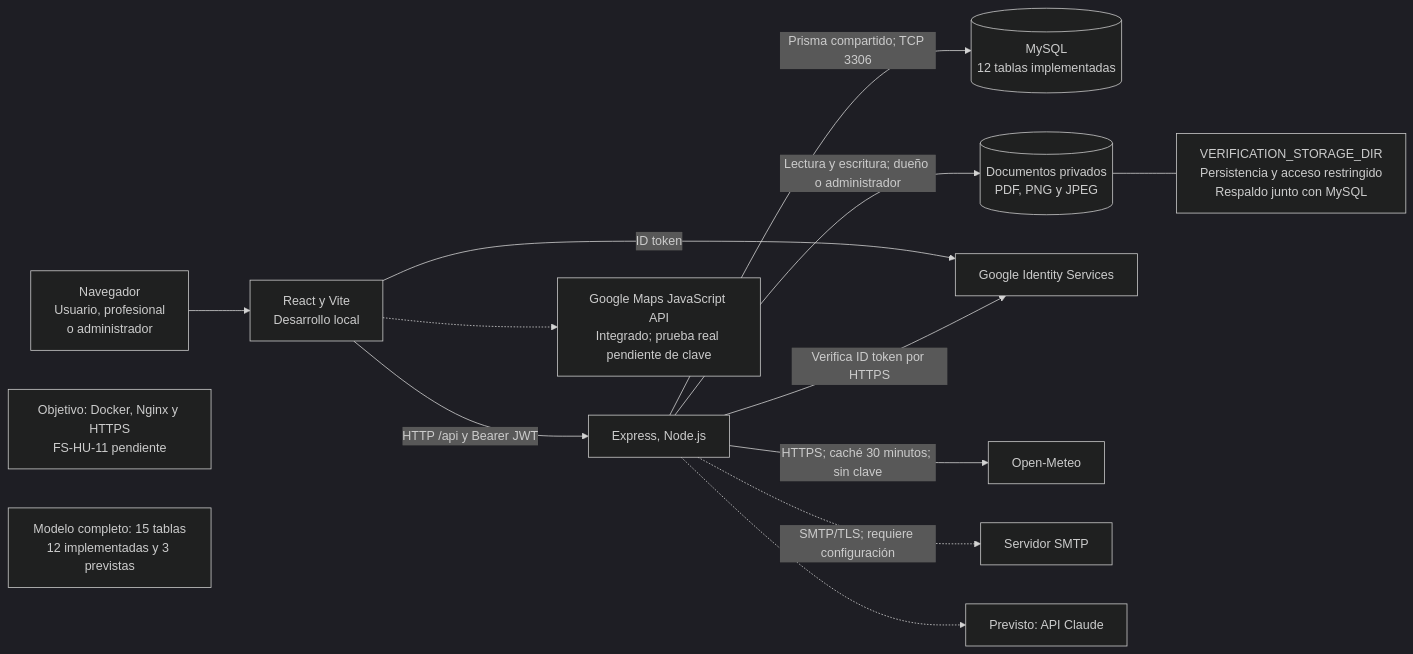
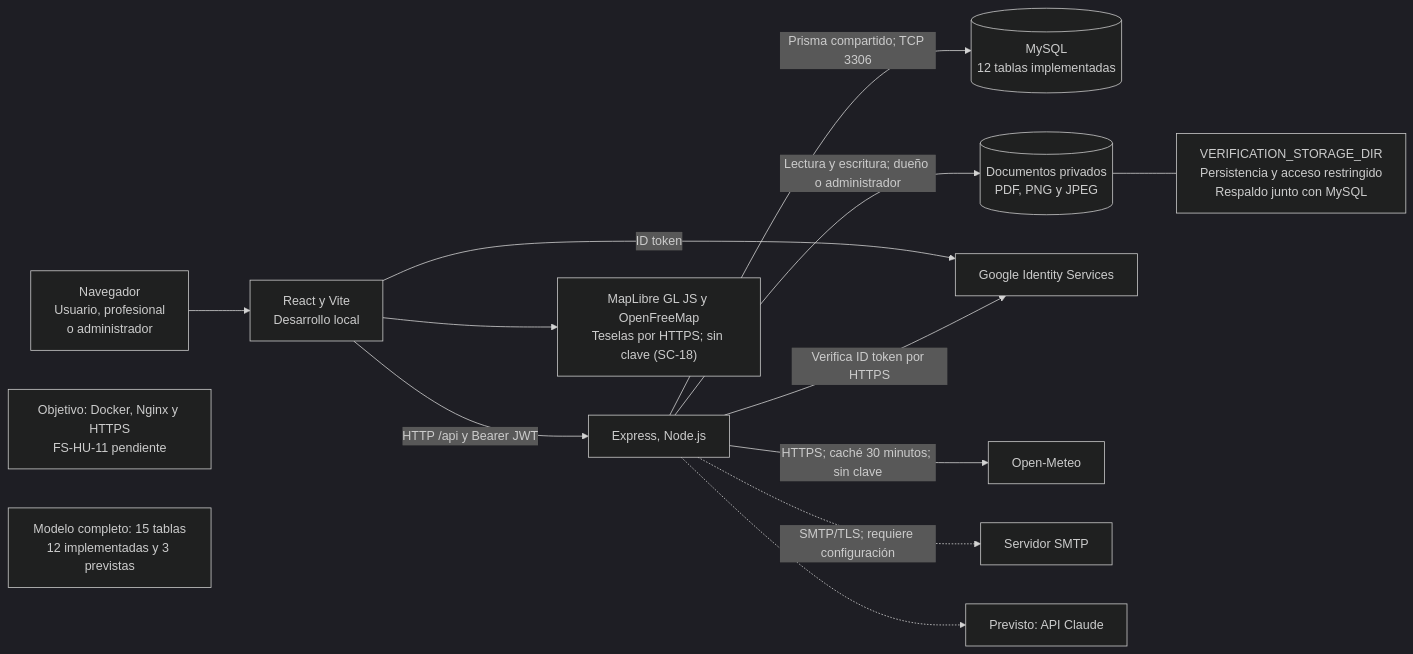
The diagram in FASE 2/Evidencias Proyecto/Evidencias de documentación/Diagramas (Miro)/Actualización Sprint 3/08_Vista_Fisica.mmd (rodriacr/FitSearch), drawn with Mermaid (dark theme) before and after one commit. The commit also changed 21 other files, not shown here.

Commit message:
SC-18: documenta el mapa con MapLibre y OpenFreeMap (DAS 1.23, matriz, casos, defectos 27 a 29, backlog, Guia 2.4 y control)

```diff
--- a/FASE 2/Evidencias Proyecto/Evidencias de documentación/Diagramas (Miro)/Actualización Sprint 3/08_Vista_Fisica.mmd
+++ b/FASE 2/Evidencias Proyecto/Evidencias de documentación/Diagramas (Miro)/Actualización Sprint 3/08_Vista_Fisica.mmd
@@ -1,14 +1,14 @@
 flowchart LR
   U["Navegador<br/>Usuario, profesional<br/>o administrador"] --> F["React y Vite<br/>Desarrollo local"]
   F -->|"HTTP /api y Bearer JWT"| B["Express, Node.js"]
   B -->|"Prisma compartido; TCP 3306"| D[("MySQL<br/>12 tablas implementadas")]
   B -->|"Lectura y escritura; dueño o administrador"| A[("Documentos privados<br/>PDF, PNG y JPEG")]
   A --- P["VERIFICATION_STORAGE_DIR<br/>Persistencia y acceso restringido<br/>Respaldo junto con MySQL"]
   F -->|"ID token"| I["Google Identity Services"]
   B -->|"Verifica ID token por HTTPS"| I
   B -->|"HTTPS; caché 30 minutos; sin clave"| O["Open-Meteo"]
   B -.->|"SMTP/TLS; requiere configuración"| S["Servidor SMTP"]
-  F -.-> G["Google Maps JavaScript API<br/>Integrado; prueba real pendiente de clave"]
+  F --> G["MapLibre GL JS y OpenFreeMap<br/>Teselas por HTTPS; sin clave (SC-18)"]
   B -.-> C["Previsto: API Claude"]
   N["Objetivo: Docker, Nginx y HTTPS<br/>FS-HU-11 pendiente"]
   M["Modelo completo: 15 tablas<br/>12 implementadas y 3 previstas"]
```
